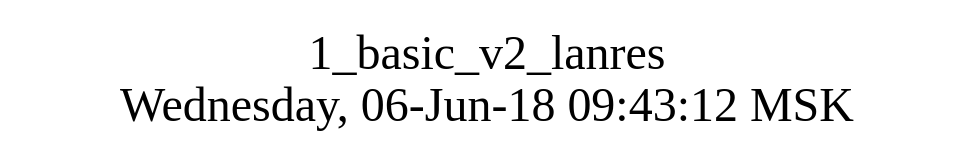
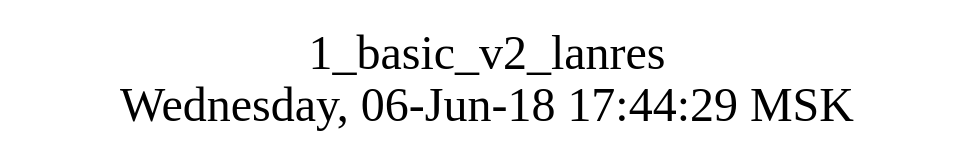
Before and after one commit to AplaProject/apps: the diagram in src/basic/1_basic_v2_lanres/struct.dot, drawn with Graphviz. The commit also changed 5 other files, not shown here.

```diff
--- a/src/basic/1_basic_v2_lanres/struct.dot
+++ b/src/basic/1_basic_v2_lanres/struct.dot
@@ -1,10 +1,10 @@
 digraph G {
 graph [
   fontsize="24";
-  label="1_basic_v2_lanres\nWednesday, 06-Jun-18 09:43:12 MSK";
+  label="1_basic_v2_lanres\nWednesday, 06-Jun-18 17:44:29 MSK";
   nojustify=true;
   ordering=out;
   rankdir=LR;
   size="30";
 ];
 }
```
